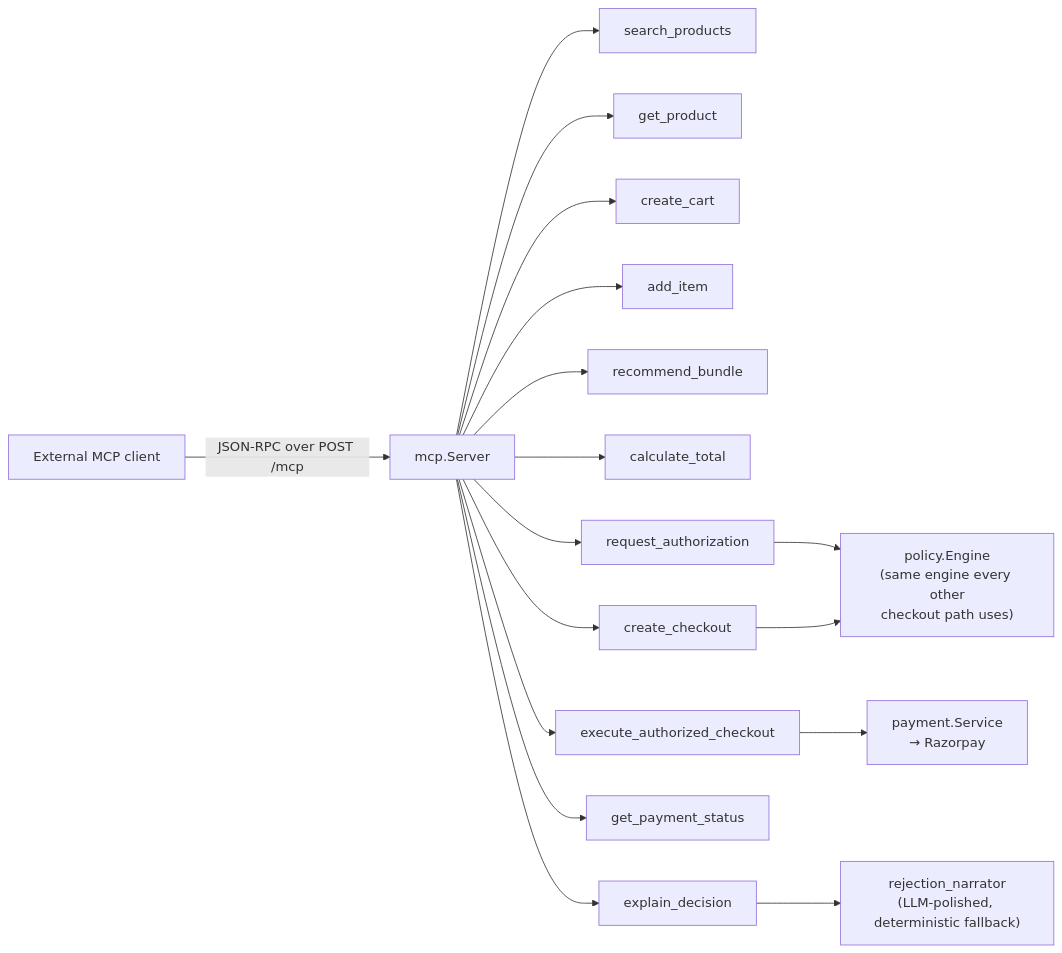
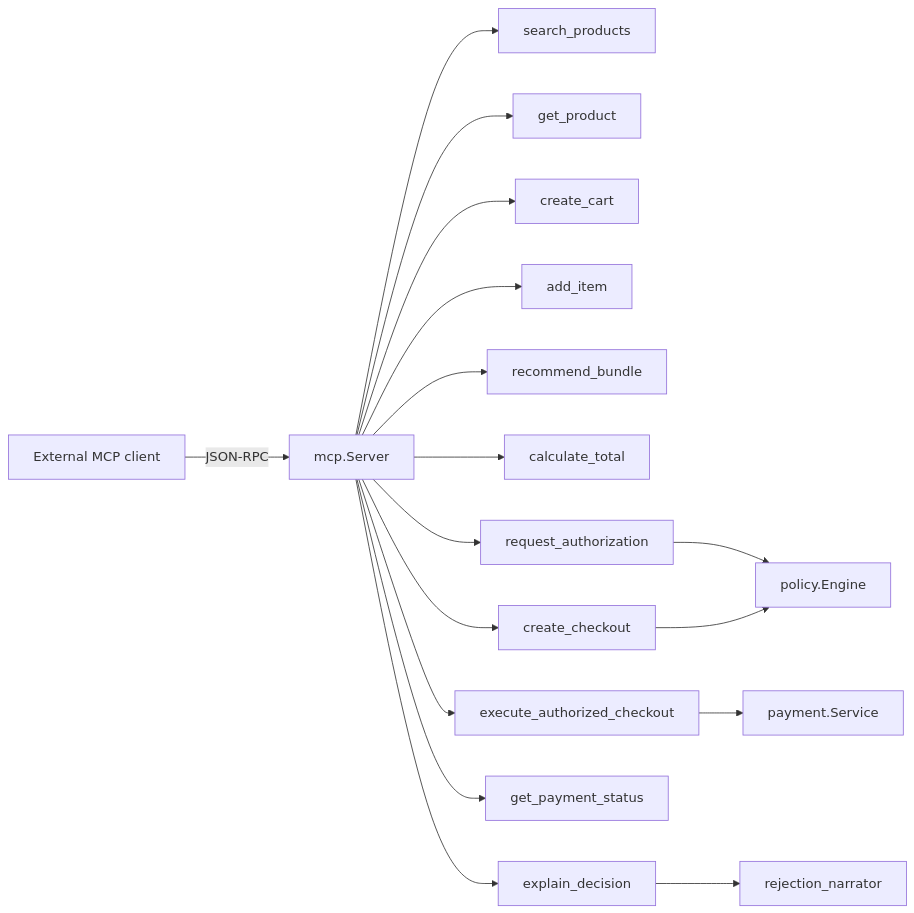
One commit to GarineSaiAjay/commerceos changed the fifth of 10 diagrams in files/ARCHITECTURE.md. Above: the diagram before and after it, drawn with Mermaid. The commit also changed other lines of this file, not shown here.

First line of the commit message:
docs(files): fix distorted Mermaid rendering in ARCHITECTURE.md

````diff
--- a/files/ARCHITECTURE.md
+++ b/files/ARCHITECTURE.md
@@ -239,20 +250,20 @@
 ```mermaid
 flowchart LR
-    Agent["External MCP client"] -->|JSON-RPC over POST /mcp| Server[mcp.Server]
+    Agent["External MCP client"] -->|JSON-RPC| Server[mcp.Server]
     Server --> search_products
     Server --> get_product
     Server --> create_cart
     Server --> add_item
     Server --> recommend_bundle
     Server --> calculate_total
     Server --> request_authorization
     Server --> create_checkout
     Server --> execute_authorized_checkout
     Server --> get_payment_status
     Server --> explain_decision
 
-    request_authorization --> PolicyEngine["policy.Engine<br/>(same engine every other<br/>checkout path uses)"]
+    request_authorization --> PolicyEngine["policy.Engine"]
     create_checkout --> PolicyEngine
-    execute_authorized_checkout --> PaymentService["payment.Service<br/>→ Razorpay"]
-    explain_decision --> RejectionNarrator["rejection_narrator<br/>(LLM-polished, deterministic fallback)"]
+    execute_authorized_checkout --> PaymentService["payment.Service"]
+    explain_decision --> RejectionNarrator["rejection_narrator"]
 ```
````
